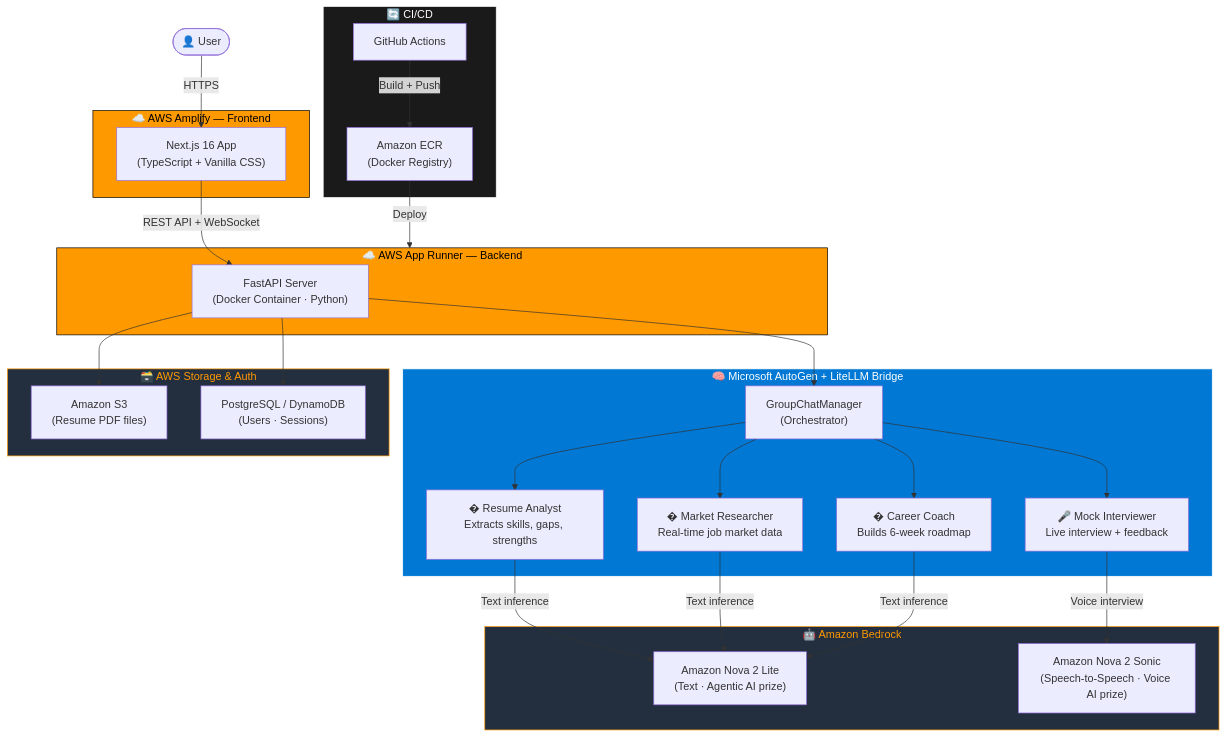
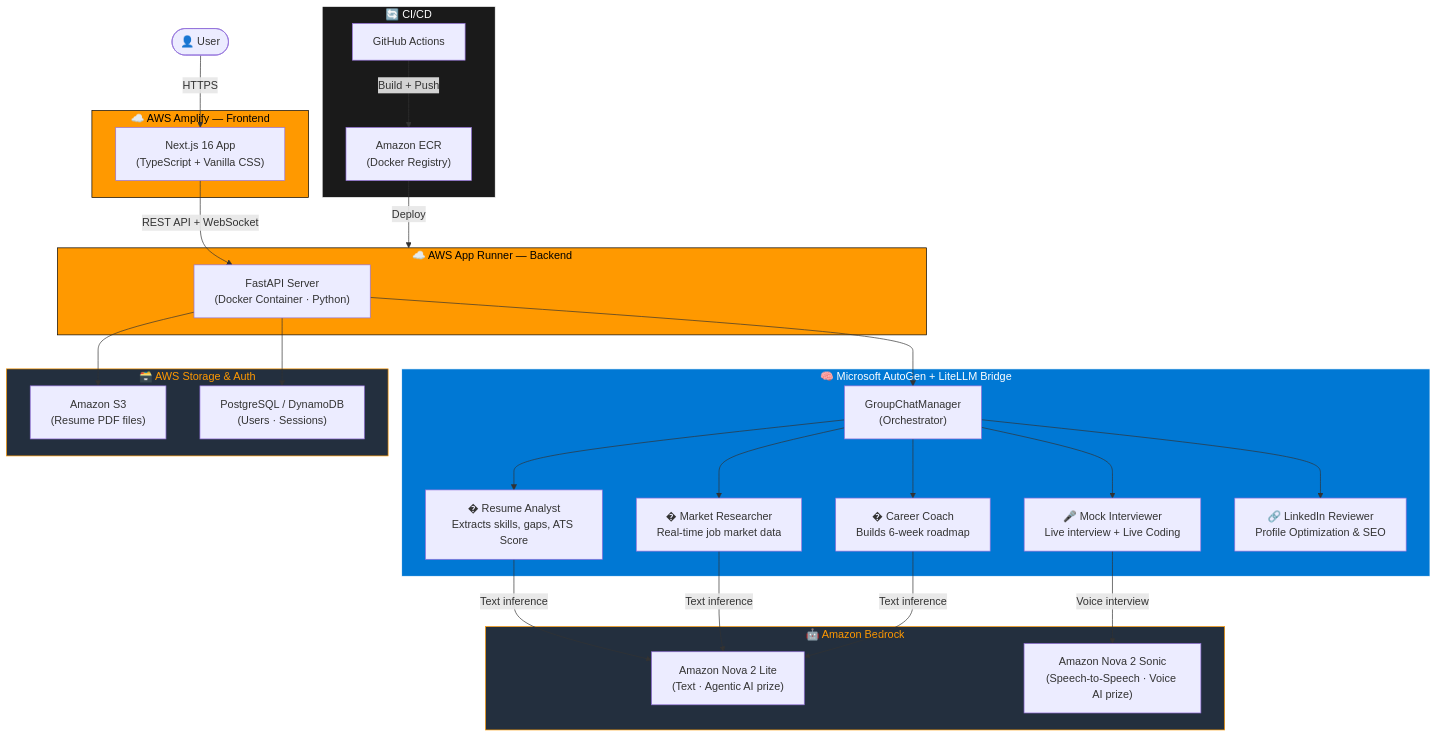
The second of 2 diagrams in README.md (Anil-Pradhan-web/ai-career-mentor), drawn with Mermaid before and after one commit. The commit also changed other lines of this file and 13 other files, not shown here.

Commit message:
feat: added LinkedIn Profile Reviewer, Resume ATS Score, and Mock Interview Live Coding

````diff
--- a/README.md
+++ b/README.md
@@ -127,53 +129,54 @@
 ```mermaid
 flowchart TD
     User(["👤 User"])
 
     subgraph Amplify ["☁️ AWS Amplify — Frontend"]
         FE["Next.js 16 App\n(TypeScript + Vanilla CSS)"]
     end
 
     subgraph AppRunner ["☁️ AWS App Runner — Backend"]
         API["FastAPI Server\n(Docker Container · Python)"]
     end
 
     subgraph Agents ["🧠 Microsoft AutoGen + LiteLLM Bridge"]
         ORCH["GroupChatManager\n(Orchestrator)"]
-        A1["� Resume Analyst\nExtracts skills, gaps, strengths"]
+        A1["� Resume Analyst\nExtracts skills, gaps, ATS Score"]
         A2["� Market Researcher\nReal-time job market data"]
         A3["�️ Career Coach\nBuilds 6-week roadmap"]
-        A4["🎤 Mock Interviewer\nLive interview + feedback"]
+        A4["🎤 Mock Interviewer\nLive interview + Live Coding"]
+        A5["🔗 LinkedIn Reviewer\nProfile Optimization & SEO"]
     end
 
     subgraph Bedrock ["🤖 Amazon Bedrock"]
         NOVA["Amazon Nova 2 Lite\n(Text · Agentic AI prize)"]
         SONIC["Amazon Nova 2 Sonic\n(Speech-to-Speech · Voice AI prize)"]
     end
 
     subgraph AWSStorage ["🗃️ AWS Storage & Auth"]
         S3["Amazon S3\n(Resume PDF files)"]
         SQLITE["PostgreSQL / DynamoDB\n(Users · Sessions)"]
     end
 
     subgraph CICD ["🔄 CI/CD"]
         GHA["GitHub Actions"]
         ECR["Amazon ECR\n(Docker Registry)"]
     end
 
     User -->|"HTTPS"| FE
     FE -->|"REST API + WebSocket"| API
     API --> S3
     API --> ORCH
-    ORCH --> A1 & A2 & A3 & A4
+    ORCH --> A1 & A2 & A3 & A4 & A5
     A1 & A2 & A3 -->|"Text inference"| NOVA
     A4 -->|"Voice interview"| SONIC
     API --> SQLITE
     GHA -->|"Build + Push"| ECR
     ECR -->|"Deploy"| AppRunner
 
     style Amplify fill:#FF9900,stroke:#000,color:#000
     style AppRunner fill:#FF9900,stroke:#000,color:#000
     style Agents fill:#0078D4,stroke:#fff,color:#fff
     style Bedrock fill:#232F3E,stroke:#FF9900,color:#FF9900
     style AWSStorage fill:#232F3E,stroke:#FF9900,color:#FF9900
     style CICD fill:#1a1a1a,stroke:#fff,color:#fff
 ```
````
